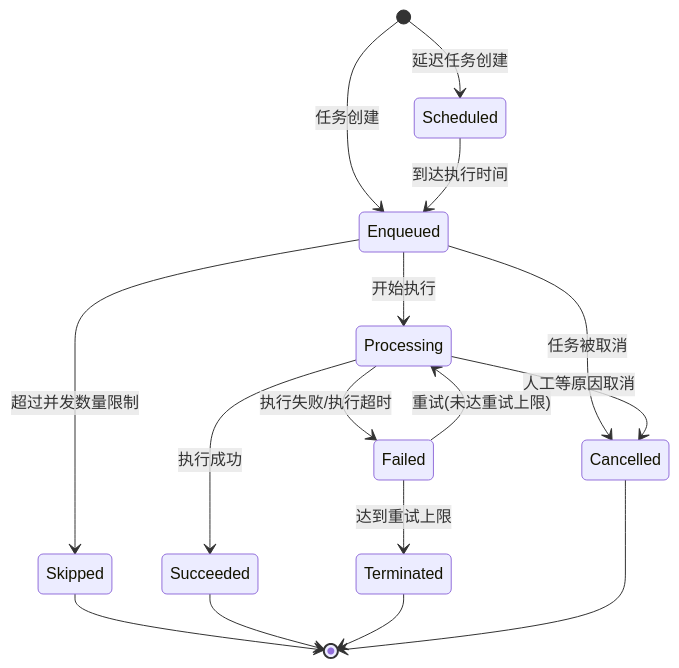
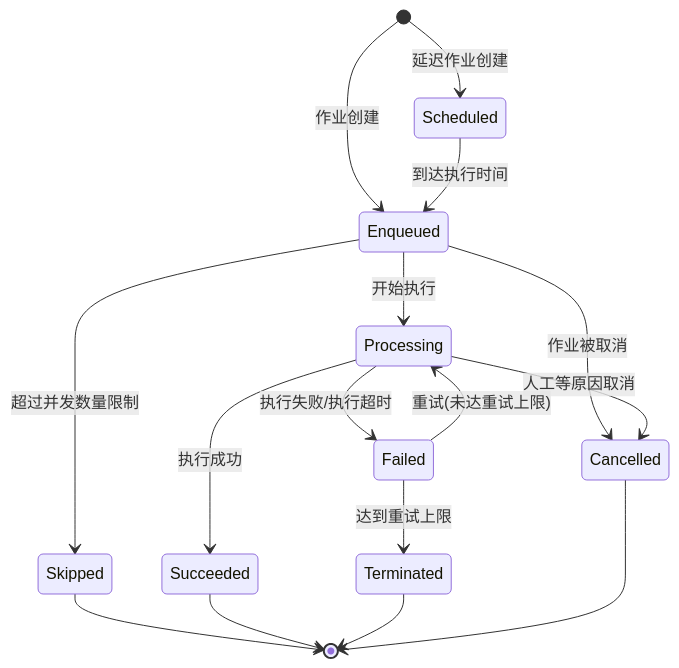
Before and after one commit to Tairitsua/Monica.Docs: the first of 2 diagrams in docs/BackgroundJob/MoJobScheduler.md, drawn with Mermaid. The commit also changed other lines of this file and 4 other files, not shown here.

````diff
--- a/docs/BackgroundJob/MoJobScheduler.md
+++ b/docs/BackgroundJob/MoJobScheduler.md
@@ -57,22 +57,22 @@
 ```mermaid
 stateDiagram-v2
-    [*] --> Scheduled: 延迟任务创建
-    [*] --> Enqueued: 任务创建
+    [*] --> Scheduled: 延迟作业创建
+    [*] --> Enqueued: 作业创建
 
     Scheduled --> Enqueued: 到达执行时间
     Enqueued --> Processing: 开始执行
     Enqueued --> Skipped: 超过并发数量限制
-    Enqueued --> Cancelled: 任务被取消
+    Enqueued --> Cancelled: 作业被取消
 
     Processing --> Succeeded: 执行成功
     Processing --> Failed: 执行失败/执行超时
     Processing --> Cancelled: 人工等原因取消
 
     Failed --> Processing: 重试(未达重试上限)
     Failed --> Terminated: 达到重试上限
 
     Skipped --> [*]
     Succeeded --> [*]
     Terminated --> [*]
     Cancelled --> [*]
 ```
````
